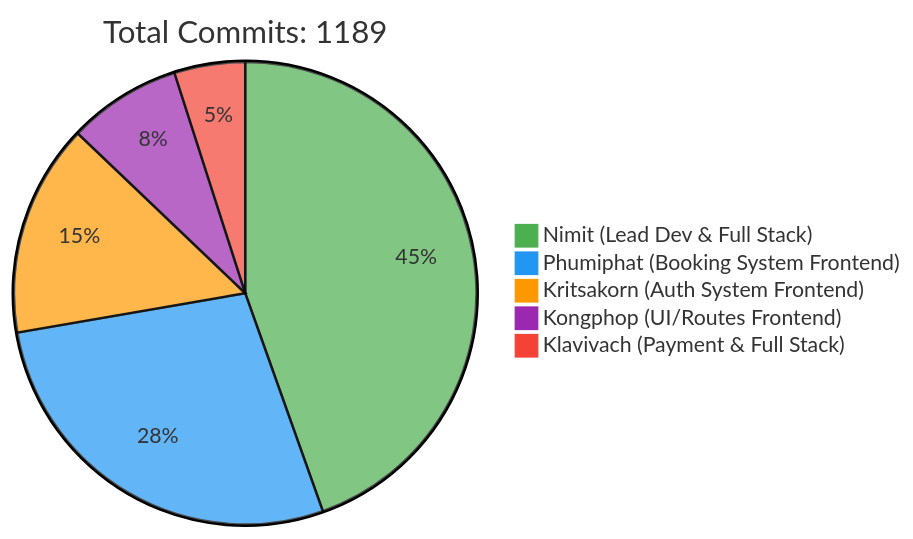
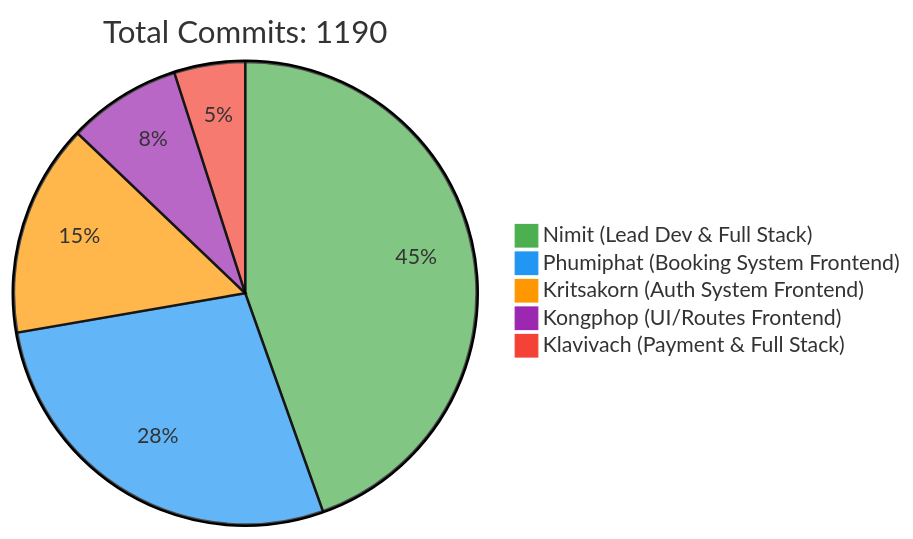
Before and after one commit to 6531503042/Sport-Complex: the first of 2 diagrams in README.md, drawn with Mermaid. The commit also changed other lines of this file, not shown here.

Commit message:
docs: Update contributor statistics [skip ci]

````diff
--- a/README.md
+++ b/README.md
@@ -257,10 +257,10 @@
 ```mermaid
 %%{init: {'theme': 'base', 'themeVariables': { 'pie1': '#4CAF50', 'pie2': '#2196F3', 'pie3': '#FF9800', 'pie4': '#9C27B0', 'pie5': '#F44336'}}}%%
 pie
-    title Total Commits: 1189
+    title Total Commits: 1190
     "Nimit (Lead Dev & Full Stack)" : 450
     "Phumiphat (Booking System Frontend)" : 280
     "Kritsakorn (Auth System Frontend)" : 150
     "Kongphop (UI/Routes Frontend)" : 80
     "Klavivach (Payment & Full Stack)" : 50
 ```
````
